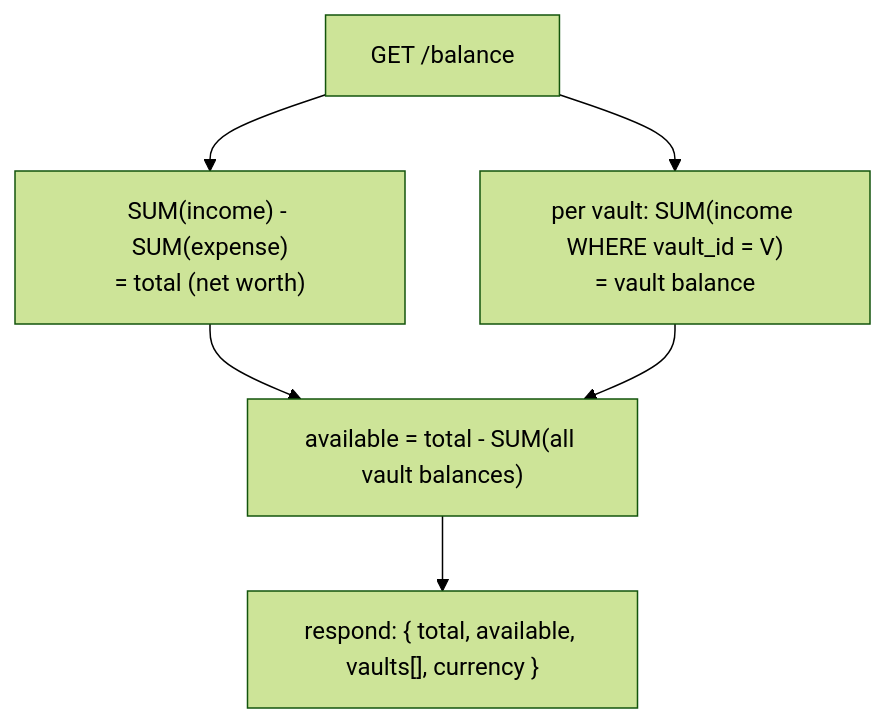
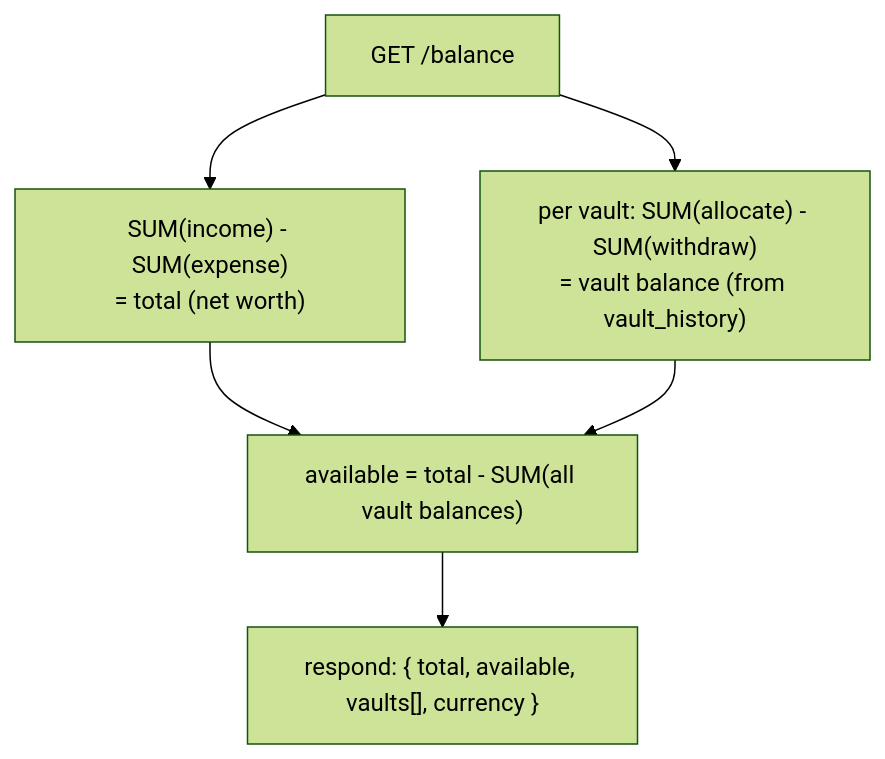
One commit to JayroGG/balance changed the second of 4 diagrams in ARCHITECTURE.md. Above: the diagram before and after it, drawn with Mermaid (forest theme). The commit also changed other lines of this file and 6 other files, not shown here.

````diff
--- a/ARCHITECTURE.md
+++ b/ARCHITECTURE.md
@@ -68,8 +64,8 @@
 ```mermaid
 flowchart TD
     A["GET /balance"] --> B["SUM(income) - SUM(expense)<br/>= total (net worth)"]
-    A --> C["per vault: SUM(income WHERE vault_id = V)<br/>= vault balance"]
+    A --> C["per vault: SUM(allocate) - SUM(withdraw)<br/>= vault balance (from vault_history)"]
     B --> D["available = total - SUM(all vault balances)"]
     C --> D
     D --> E["respond: { total, available, vaults[], currency }"]
 ```
````
